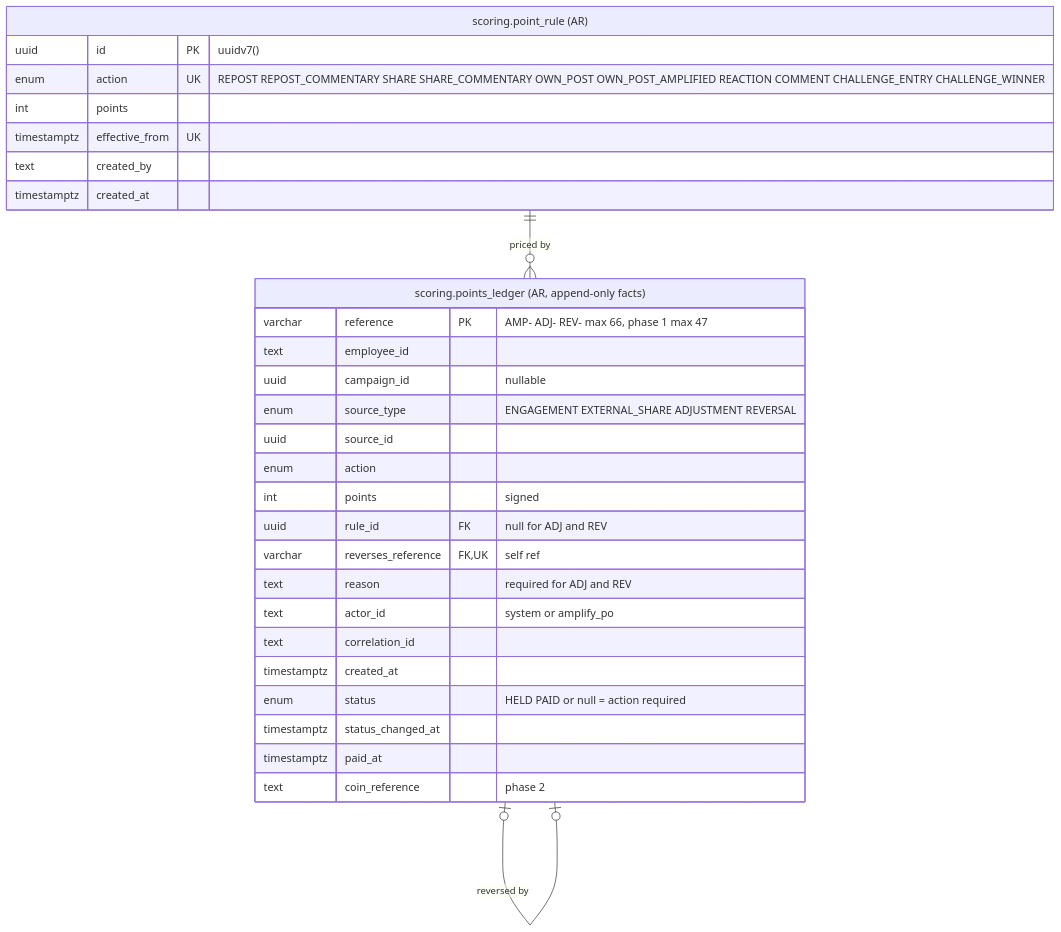
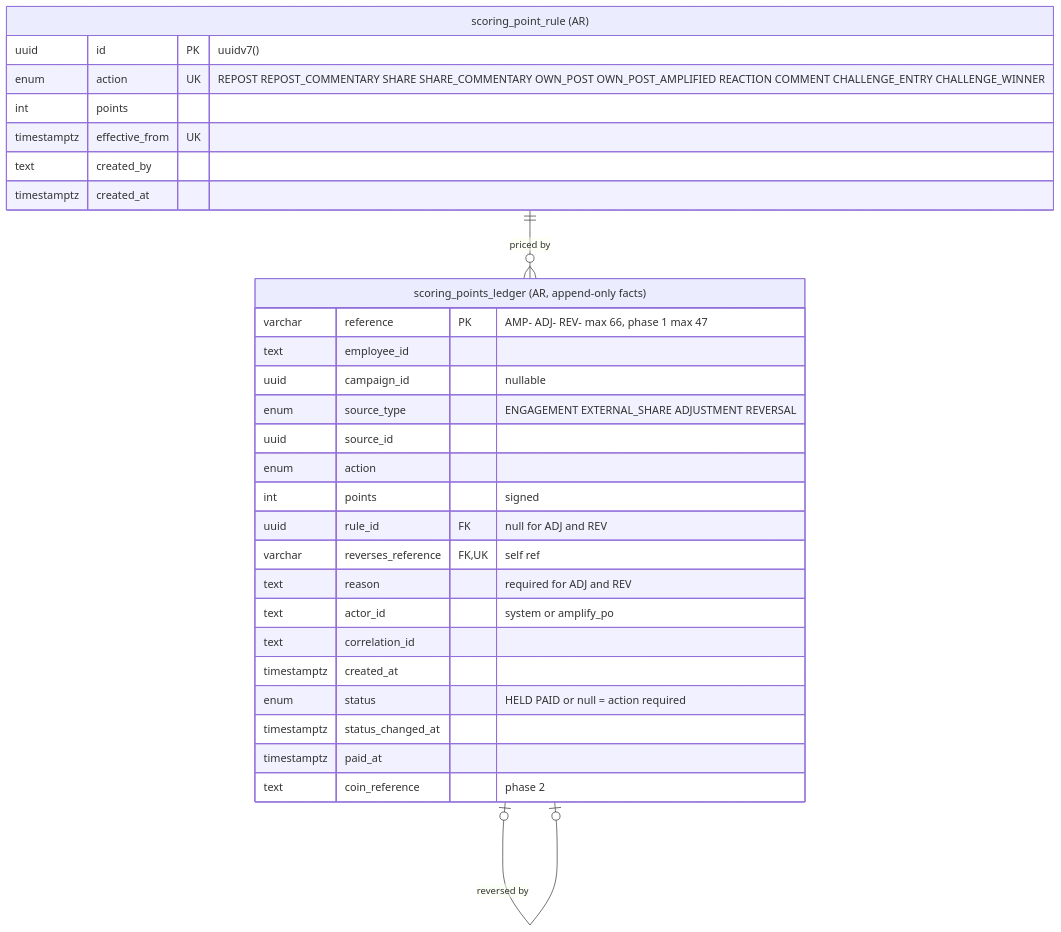
Before and after one commit to BechtelCanDoIt/marketing-tools: the seventh of 10 diagrams in apps/amplify/amplify-database/README.md, drawn with Mermaid. The commit also changed other lines of this file and 170 other files, not shown here.

````diff
--- a/apps/amplify/amplify-database/README.md
+++ b/apps/amplify/amplify-database/README.md
@@ -508,33 +508,33 @@
 ```mermaid
 erDiagram
-    POINT_RULE["scoring.point_rule (AR)"] {
+    POINT_RULE["scoring_point_rule (AR)"] {
         uuid id PK "uuidv7()"
         enum action UK "REPOST REPOST_COMMENTARY SHARE SHARE_COMMENTARY OWN_POST OWN_POST_AMPLIFIED REACTION COMMENT CHALLENGE_ENTRY CHALLENGE_WINNER"
         int points
         timestamptz effective_from UK
         text created_by
         timestamptz created_at
     }
-    POINTS_LEDGER["scoring.points_ledger (AR, append-only facts)"] {
+    POINTS_LEDGER["scoring_points_ledger (AR, append-only facts)"] {
         varchar reference PK "AMP- ADJ- REV- max 66, phase 1 max 47"
         text employee_id
         uuid campaign_id "nullable"
         enum source_type "ENGAGEMENT EXTERNAL_SHARE ADJUSTMENT REVERSAL"
         uuid source_id
         enum action
         int points "signed"
         uuid rule_id FK "null for ADJ and REV"
         varchar reverses_reference FK, UK "self ref"
         text reason "required for ADJ and REV"
         text actor_id "system or amplify_po"
         text correlation_id
         timestamptz created_at
         enum status "HELD PAID or null = action required"
         timestamptz status_changed_at
         timestamptz paid_at
         text coin_reference "phase 2"
     }
 
     POINT_RULE ||--o{ POINTS_LEDGER : "priced by"
     POINTS_LEDGER |o--o| POINTS_LEDGER : "reversed by"
 ```
````
